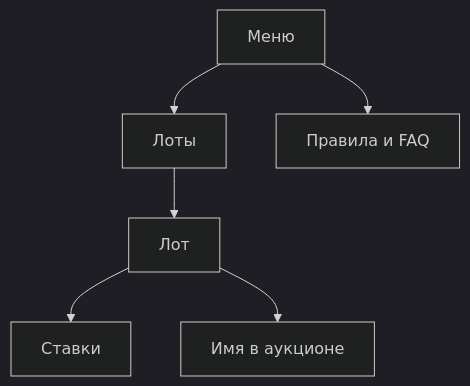
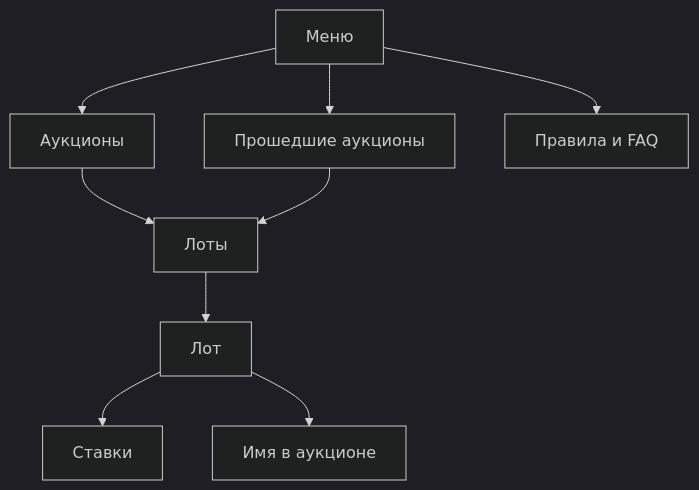
One commit to Solguficky/solguficky-hub changed the second of 2 diagrams in docs/design/bot/design-code.md. Above: the diagram before and after it, drawn with Mermaid (dark theme). The commit also changed other lines of this file and 28 other files, not shown here.

First line of the commit message:
[PER-453] Показать в боте аукциона активные и прошедшие аукционы (#357)

````diff
--- a/docs/design/bot/design-code.md
+++ b/docs/design/bot/design-code.md
@@ -77,9 +77,12 @@
 ```mermaid
 flowchart TD
     menu[Меню]
-    menu --> feed[Лоты]
+    menu --> auctions[Аукционы]
+    menu --> past[Прошедшие аукционы]
     menu --> faq[Правила и FAQ]
+    auctions --> feed[Лоты]
+    past --> feed
     feed --> lot[Лот]
     lot --> history[Ставки]
     lot --> name[Имя в аукционе]
 ```
````
